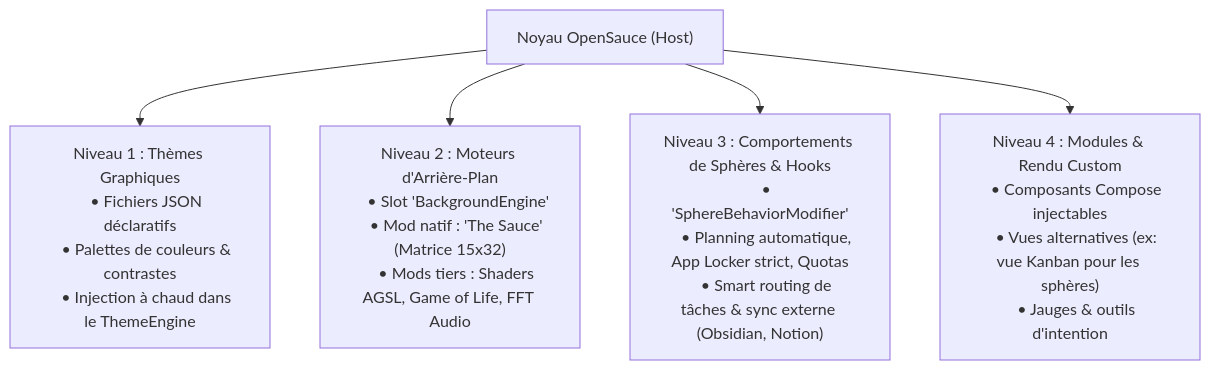
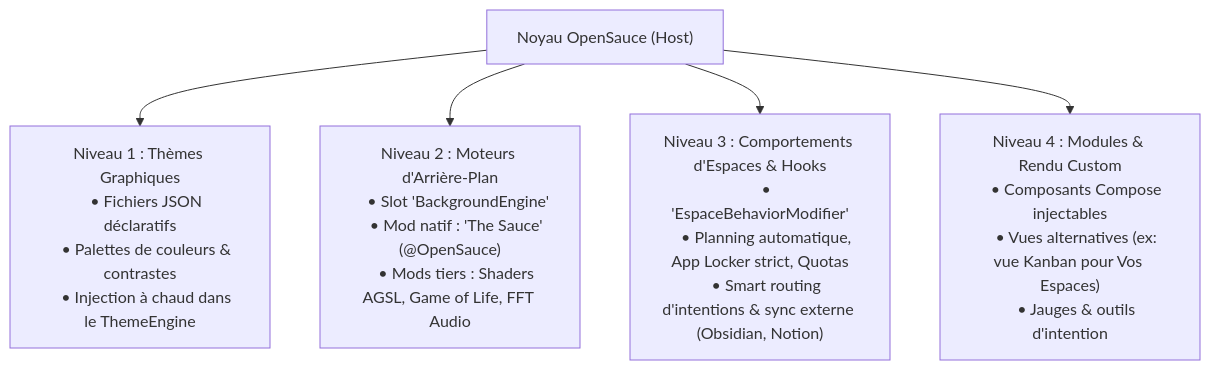
One commit to xhuriken/OSauce changed the first of 2 diagrams in docs/EXTENSIONS.md. Above: the diagram before and after it, drawn with Mermaid. The commit also changed other lines of this file and 3 other files, not shown here.

Commit message:
docs: align terminology with Vos Espaces, The Sauce, and OpenSauce

````diff
--- a/docs/EXTENSIONS.md
+++ b/docs/EXTENSIONS.md
@@ -18,29 +18,29 @@
 ```mermaid
 flowchart TD
     Core["Noyau OpenSauce (Host)"]
     
     L1["Niveau 1 : Thèmes Graphiques
     • Fichiers JSON déclaratifs
     • Palettes de couleurs & contrastes
     • Injection à chaud dans le ThemeEngine"]
     
     L2["Niveau 2 : Moteurs d'Arrière-Plan
     • Slot 'BackgroundEngine'
-    • Mod natif : 'The Sauce' (Matrice 15x32)
+    • Mod natif : 'The Sauce' (@OpenSauce)
     • Mods tiers : Shaders AGSL, Game of Life, FFT Audio"]
     
-    L3["Niveau 3 : Comportements de Sphères & Hooks
-    • 'SphereBehaviorModifier'
+    L3["Niveau 3 : Comportements d'Espaces & Hooks
+    • 'EspaceBehaviorModifier'
     • Planning automatique, App Locker strict, Quotas
-    • Smart routing de tâches & sync externe (Obsidian, Notion)"]
+    • Smart routing d'intentions & sync externe (Obsidian, Notion)"]
     
     L4["Niveau 4 : Modules & Rendu Custom
     • Composants Compose injectables
-    • Vues alternatives (ex: vue Kanban pour les sphères)
+    • Vues alternatives (ex: vue Kanban pour Vos Espaces)
     • Jauges & outils d'intention"]
 
     Core --> L1
     Core --> L2
     Core --> L3
     Core --> L4
 ```
````
